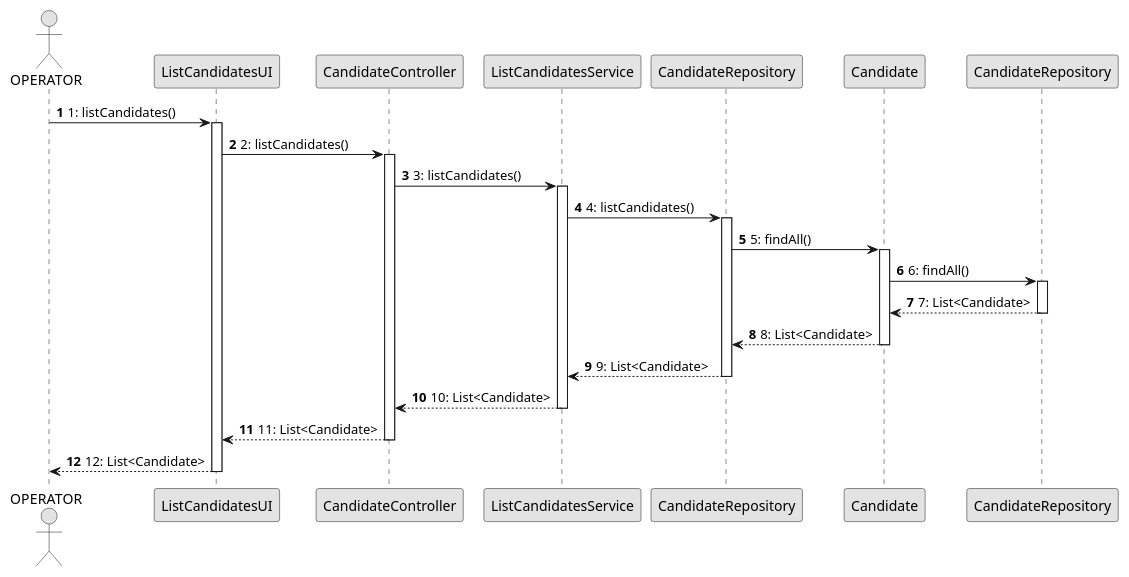
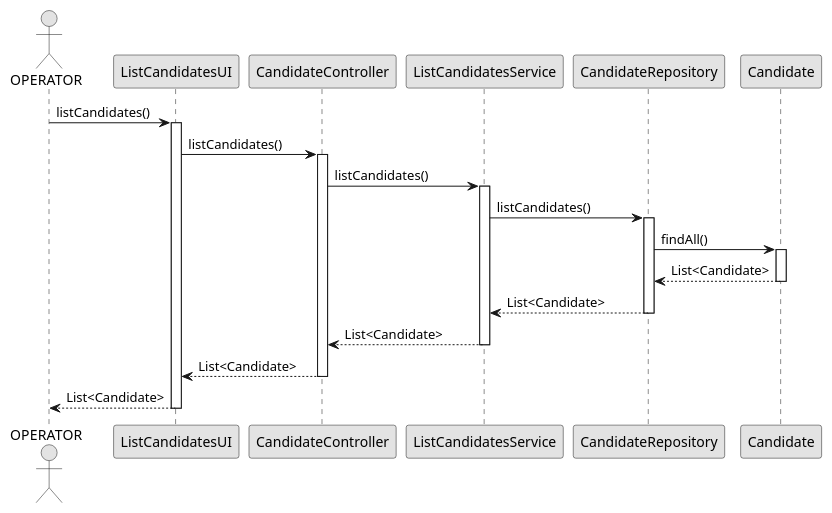
The diagram in docs/Sprint B/us_2000c/sequence-diagram.puml (Goncalves2525/Jobs4U-Talent-Acquisition-Management-System), drawn with PlantUML before and after one commit. The commit also changed 6 other files, not shown here.

Commit message:
Amended documentations with missing diagram for US 2000c #20

```diff
--- a/docs/Sprint B/us_2000c/sequence-diagram.puml
+++ b/docs/Sprint B/us_2000c/sequence-diagram.puml
@@ -1,42 +1,34 @@
 @startuml
 skinparam monochrome true
 skinparam packageStyle rectangle
 skinparam shadowing false
-
-autonumber
 
 actor "OPERATOR" as OP
 participant "ListCandidatesUI" as UI
 participant "CandidateController" as CTRL
 participant "ListCandidatesService" as LISVC
 participant "CandidateRepository" as CREPO
 participant "Candidate" as APP
-participant "CandidateRepository" as APPREPO
 
-OP -> UI : 1: listCandidates()
+OP -> UI: listCandidates()
 activate UI
-UI -> CTRL : 2: listCandidates()
+UI -> CTRL: listCandidates()
 activate CTRL
-CTRL -> LISVC : 3: listCandidates()
+CTRL -> LISVC: listCandidates()
 activate LISVC
-LISVC -> CREPO : 4: listCandidates()
+LISVC -> CREPO: listCandidates()
 activate CREPO
-CREPO -> APP : 5: findAll()
+CREPO -> APP: findAll()
 activate APP
-APP -> APPREPO : 6: findAll()
-activate APPREPO
-APPREPO --> APP : 7: List<Candidate>
-deactivate APPREPO
-APP --> CREPO : 8: List<Candidate>
+APP --> CREPO: List<Candidate>
 deactivate APP
-CREPO --> LISVC : 9: List<Candidate>
+CREPO --> LISVC: List<Candidate>
 deactivate CREPO
-LISVC --> CTRL : 10: List<Candidate>
+LISVC --> CTRL: List<Candidate>
 deactivate LISVC
-CTRL --> UI : 11: List<Candidate>
+CTRL --> UI: List<Candidate>
 deactivate CTRL
-UI --> OP : 12: List<Candidate>
+UI --> OP: List<Candidate>
 deactivate UI
 
-
 @enduml
```
